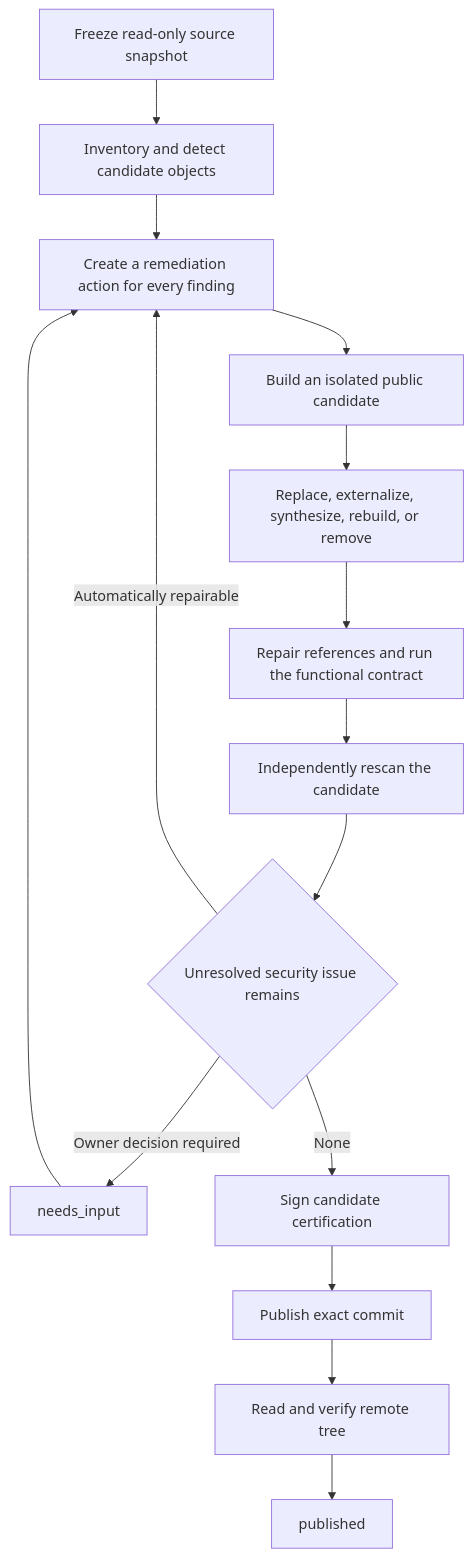
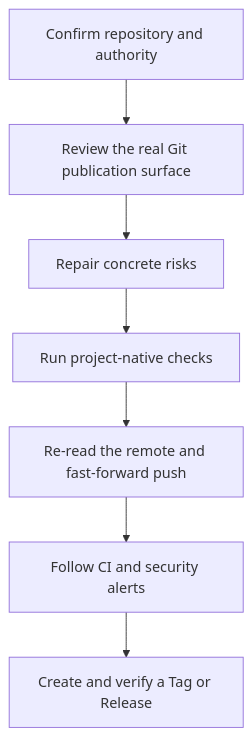
One commit to AIALRA-0/agent-github-safe-publish changed the diagram in README.en.md. Above: the diagram before and after it, drawn with Mermaid. The commit also changed other lines of this file and 18 other files, not shown here.

````diff
--- a/README.en.md
+++ b/README.en.md
@@ -42,17 +23,9 @@
 ```mermaid
 flowchart TD
-    A[Freeze read-only source snapshot] --> B[Inventory and detect candidate objects]
-    B --> C[Create a remediation action for every finding]
-    C --> D[Build an isolated public candidate]
-    D --> E[Replace, externalize, synthesize, rebuild, or remove]
-    E --> F[Repair references and run the functional contract]
-    F --> G[Independently rescan the candidate]
-    G --> H{Unresolved security issue remains}
-    H -->|Automatically repairable| C
-    H -->|Owner decision required| I[needs_input]
-    I --> C
-    H -->|None| J[Sign candidate certification]
-    J --> K[Publish exact commit]
-    K --> L[Read and verify remote tree]
-    L --> M[published]
+    A[Confirm repository and authority] --> B[Review the real Git publication surface]
+    B --> C[Repair concrete risks]
+    C --> D[Run project-native checks]
+    D --> E[Re-read the remote and fast-forward push]
+    E --> F[Follow CI and security alerts]
+    F --> G[Create and verify a Tag or Release]
 ```
````
